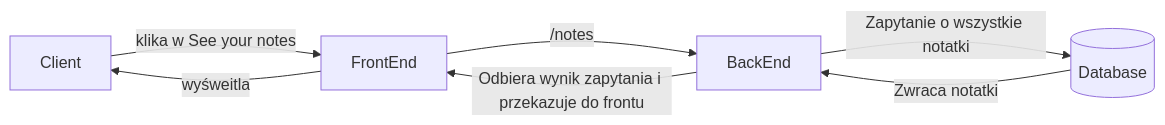
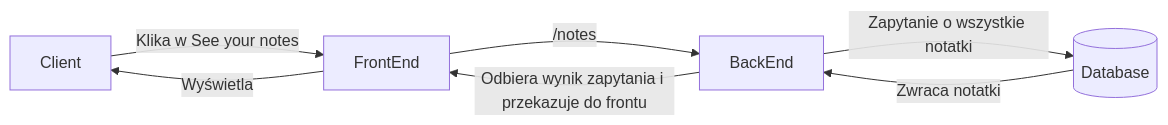
One commit to Kajiysor/UJ_WWW_Project_2 changed the third of 6 diagrams in README.md. Above: the diagram before and after it, drawn with Mermaid. The commit also changed other lines of this file and 3 other files, not shown here.

````diff
--- a/README.md
+++ b/README.md
@@ -47,8 +84,8 @@
 ```mermaid
 flowchart LR
     client[Client]
     backend[BackEnd]
     frontend[FrontEnd]
     db[(Database)]
-    client-->|klika w See your notes|frontend-->|/notes|backend-->|Zapytanie o wszystkie notatki|db-->|Zwraca notatki|backend-->|Odbiera wynik zapytania i przekazuje do frontu|frontend-->|wyśweitla|client
+    client-->|Klika w See your notes|frontend-->|/notes|backend-->|Zapytanie o wszystkie notatki|db-->|Zwraca notatki|backend-->|Odbiera wynik zapytania i przekazuje do frontu|frontend-->|Wyświetla|client
 ```
````
